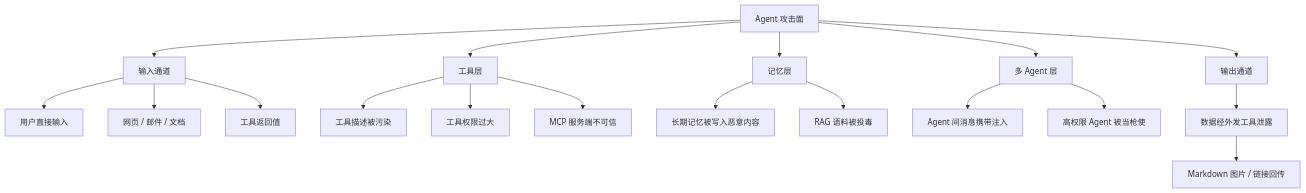
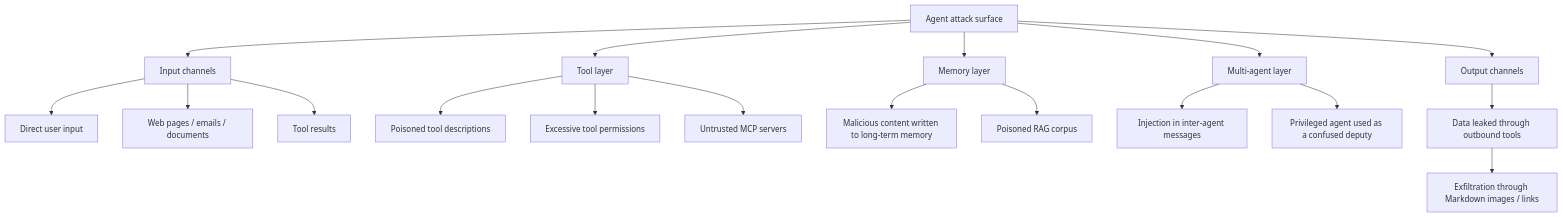
The second of 6 diagrams in docs/agent/05-production/15-agent-security.md (oneleaveknowsthefall/awesome-ai-roadmap), drawn with Mermaid before and after one commit. The commit also changed other lines of this file and 68 other files, not shown here.

````diff
--- a/docs/agent/05-production/15-agent-security.md
+++ b/docs/agent/05-production/15-agent-security.md
@@ -42,25 +42,25 @@
 ```mermaid
 flowchart TB
-    A[Agent 攻击面] --> IN[输入通道]
-    A --> TOOL[工具层]
-    A --> MEM[记忆层]
-    A --> MULTI[多 Agent 层]
-    A --> OUT[输出通道]
+    A[Agent attack surface] --> IN[Input channels]
+    A --> TOOL[Tool layer]
+    A --> MEM[Memory layer]
+    A --> MULTI[Multi-agent layer]
+    A --> OUT[Output channels]
 
-    IN --> IN1[用户直接输入]
-    IN --> IN2[网页 / 邮件 / 文档]
-    IN --> IN3[工具返回值]
+    IN --> IN1[Direct user input]
+    IN --> IN2[Web pages / emails / documents]
+    IN --> IN3[Tool results]
 
-    TOOL --> T1[工具描述被污染]
-    TOOL --> T2[工具权限过大]
-    TOOL --> T3[MCP 服务端不可信]
+    TOOL --> T1[Poisoned tool descriptions]
+    TOOL --> T2[Excessive tool permissions]
+    TOOL --> T3[Untrusted MCP servers]
 
-    MEM --> ME1[长期记忆被写入恶意内容]
-    MEM --> ME2[RAG 语料被投毒]
+    MEM --> ME1[Malicious content written to long-term memory]
+    MEM --> ME2[Poisoned RAG corpus]
 
-    MULTI --> MU1[Agent 间消息携带注入]
-    MULTI --> MU2[高权限 Agent 被当枪使]
+    MULTI --> MU1[Injection in inter-agent messages]
+    MULTI --> MU2[Privileged agent used as a confused deputy]
 
-    OUT --> OU1[数据经外发工具泄露]
-    OU1 --> OU2[Markdown 图片 / 链接回传]
+    OUT --> OU1[Data leaked through outbound tools]
+    OU1 --> OU2[Exfiltration through Markdown images / links]
 ```
````
